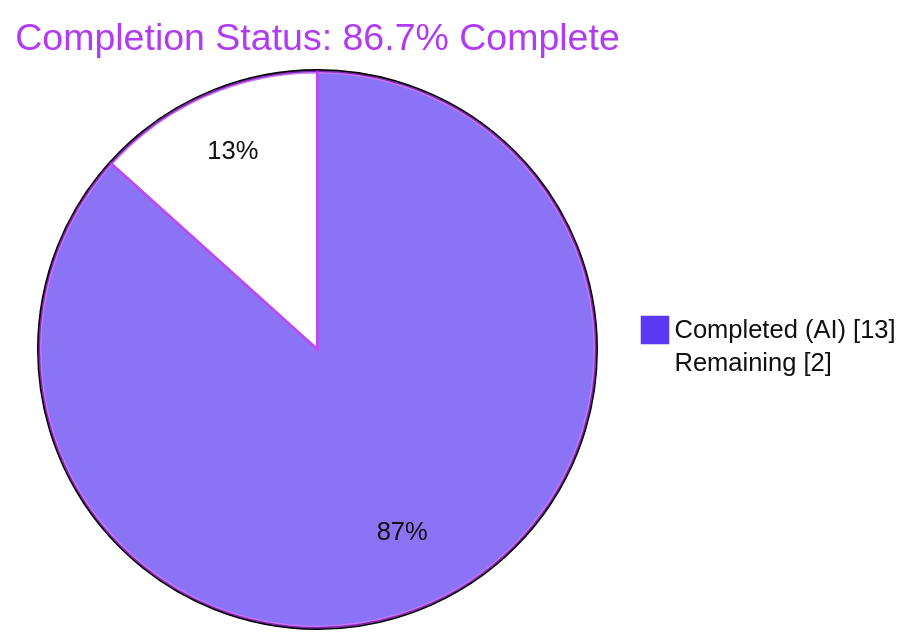
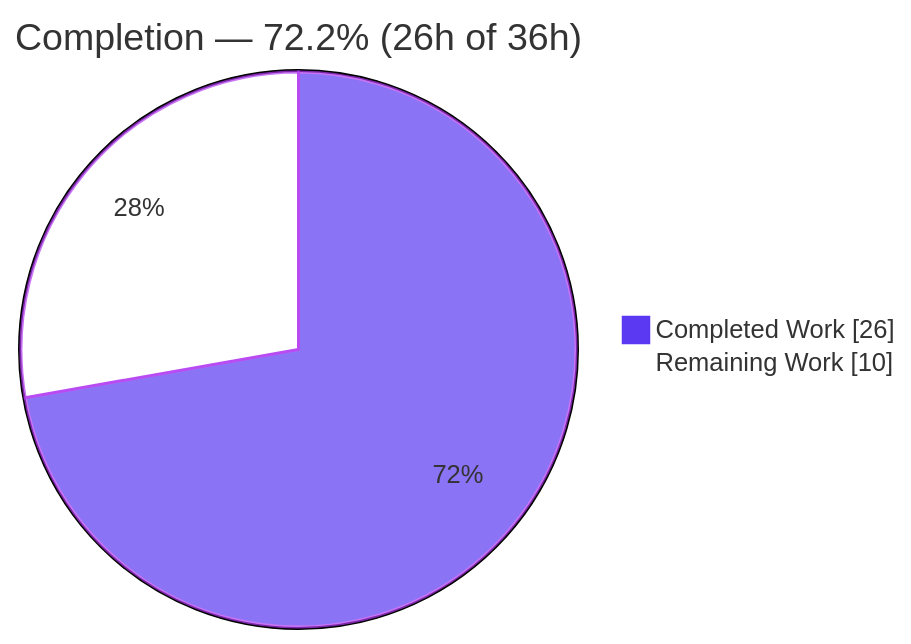
Before and after one commit to Sandeep02Kumar02/23-dec-existing-projects-qa-test-2: the first of 3 diagrams in blitzy/documentation/Project Guide.md, drawn with Mermaid. The commit also changed other lines of this file, not shown here.

Commit message:
Adding Blitzy Project Guide: Project Status and Human Tasks Remaining

````diff
--- a/blitzy/documentation/Project Guide.md
+++ b/blitzy/documentation/Project Guide.md
@@ -15,7 +18,6 @@
 ```mermaid
-%%{init: {"theme": "base", "themeVariables": {"pie1": "#5B39F3", "pie2": "#FFFFFF", "pieStrokeColor": "#B23AF2", "pieOuterStrokeWidth": "2px", "pieTitleTextColor": "#B23AF2", "pieSectionTextColor": "#111111", "pieLegendTextColor": "#111111"}}}%%
-pie showData
-    title Completion Status: 86.7% Complete
-    "Completed (AI)" : 13
-    "Remaining" : 2
+%%{init: {'theme':'base', 'themeVariables': {'pie1':'#5B39F3','pie2':'#FFFFFF','pieStrokeColor':'#B23AF2','pieOuterStrokeWidth':'2px','pieStrokeWidth':'2px'}}}%%
+pie showData title Completion — 72.2% (26h of 36h)
+    "Completed Work" : 26
+    "Remaining Work" : 10
 ```
````
